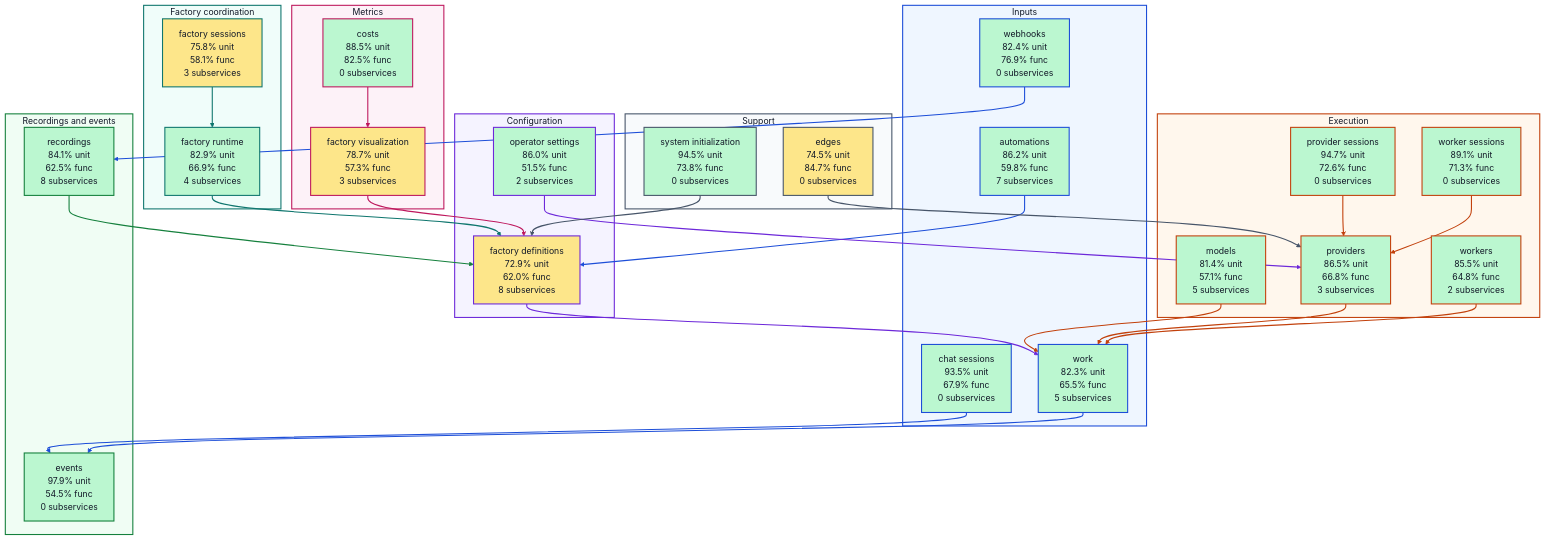
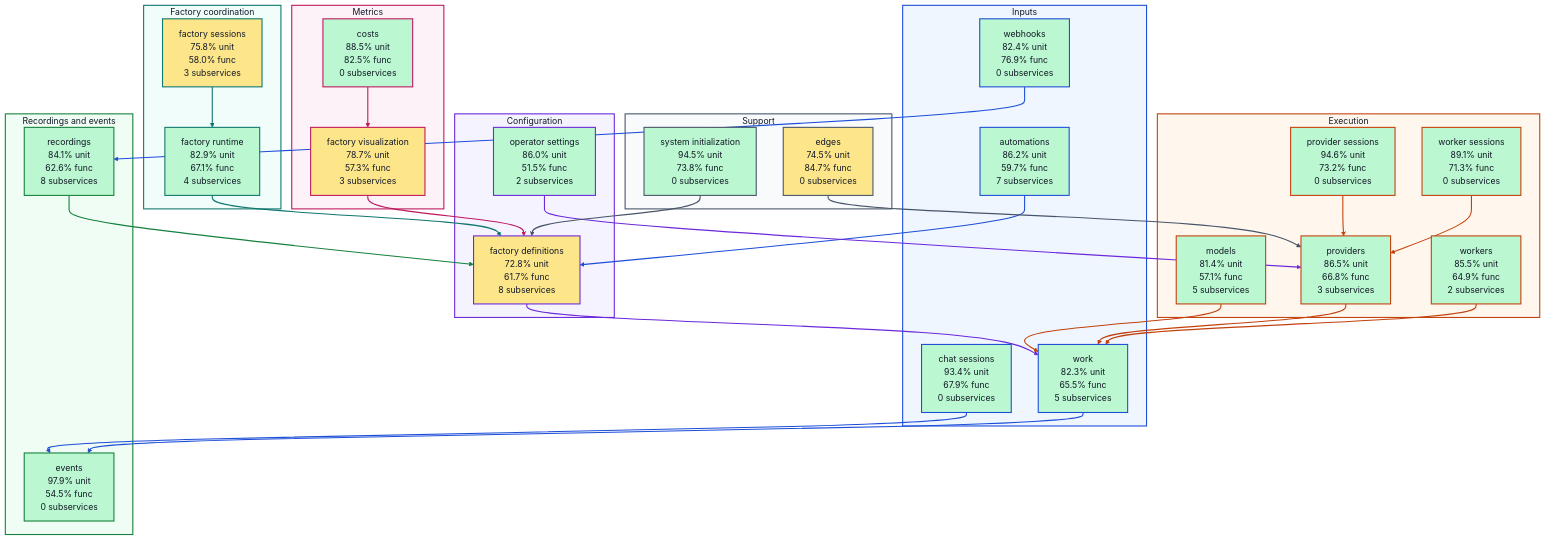
One commit to portpowered/you-agent-factory changed the diagram in docs/architecture/visualizations/high-level-test-coverage.md. Above: the diagram before and after it, drawn with Mermaid. The commit also changed other lines of this file and 20 other files, not shown here.

Commit message:
docs: refresh backend architecture visualizations

````diff
--- a/docs/architecture/visualizations/high-level-test-coverage.md
+++ b/docs/architecture/visualizations/high-level-test-coverage.md
@@ -11,29 +11,29 @@
 ```mermaid
 flowchart TB
   subgraph input["Inputs"]
-    s_services_automations["automations<br/>86.2% unit<br/>59.8% func<br/>7 subservices"]
-    s_services_chat_sessions["chat sessions<br/>93.5% unit<br/>67.9% func<br/>0 subservices"]
+    s_services_automations["automations<br/>86.2% unit<br/>59.7% func<br/>7 subservices"]
+    s_services_chat_sessions["chat sessions<br/>93.4% unit<br/>67.9% func<br/>0 subservices"]
     s_services_webhooks["webhooks<br/>82.4% unit<br/>76.9% func<br/>0 subservices"]
     s_services_work["work<br/>82.3% unit<br/>65.5% func<br/>5 subservices"]
   end
   subgraph configuration["Configuration"]
-    s_services_factory_definitions["factory definitions<br/>72.9% unit<br/>62.0% func<br/>8 subservices"]
+    s_services_factory_definitions["factory definitions<br/>72.8% unit<br/>61.7% func<br/>8 subservices"]
     s_services_operator_settings["operator settings<br/>86.0% unit<br/>51.5% func<br/>2 subservices"]
   end
   subgraph coordination["Factory coordination"]
-    s_services_factory_runtime["factory runtime<br/>82.9% unit<br/>66.9% func<br/>4 subservices"]
-    s_services_factory_sessions["factory sessions<br/>75.8% unit<br/>58.1% func<br/>3 subservices"]
+    s_services_factory_runtime["factory runtime<br/>82.9% unit<br/>67.1% func<br/>4 subservices"]
+    s_services_factory_sessions["factory sessions<br/>75.8% unit<br/>58.0% func<br/>3 subservices"]
   end
   subgraph execution["Execution"]
     s_services_models["models<br/>81.4% unit<br/>57.1% func<br/>5 subservices"]
-    s_services_provider_sessions["provider sessions<br/>94.7% unit<br/>72.6% func<br/>0 subservices"]
+    s_services_provider_sessions["provider sessions<br/>94.6% unit<br/>73.2% func<br/>0 subservices"]
     s_services_providers["providers<br/>86.5% unit<br/>66.8% func<br/>3 subservices"]
     s_services_worker_sessions["worker sessions<br/>89.1% unit<br/>71.3% func<br/>0 subservices"]
-    s_services_workers["workers<br/>85.5% unit<br/>64.8% func<br/>2 subservices"]
+    s_services_workers["workers<br/>85.5% unit<br/>64.9% func<br/>2 subservices"]
   end
   subgraph recordings["Recordings and events"]
     s_services_events["events<br/>97.9% unit<br/>54.5% func<br/>0 subservices"]
-    s_services_recordings["recordings<br/>84.1% unit<br/>62.5% func<br/>8 subservices"]
+    s_services_recordings["recordings<br/>84.1% unit<br/>62.6% func<br/>8 subservices"]
   end
   subgraph metrics["Metrics"]
     s_services_costs["costs<br/>88.5% unit<br/>82.5% func<br/>0 subservices"]
````
